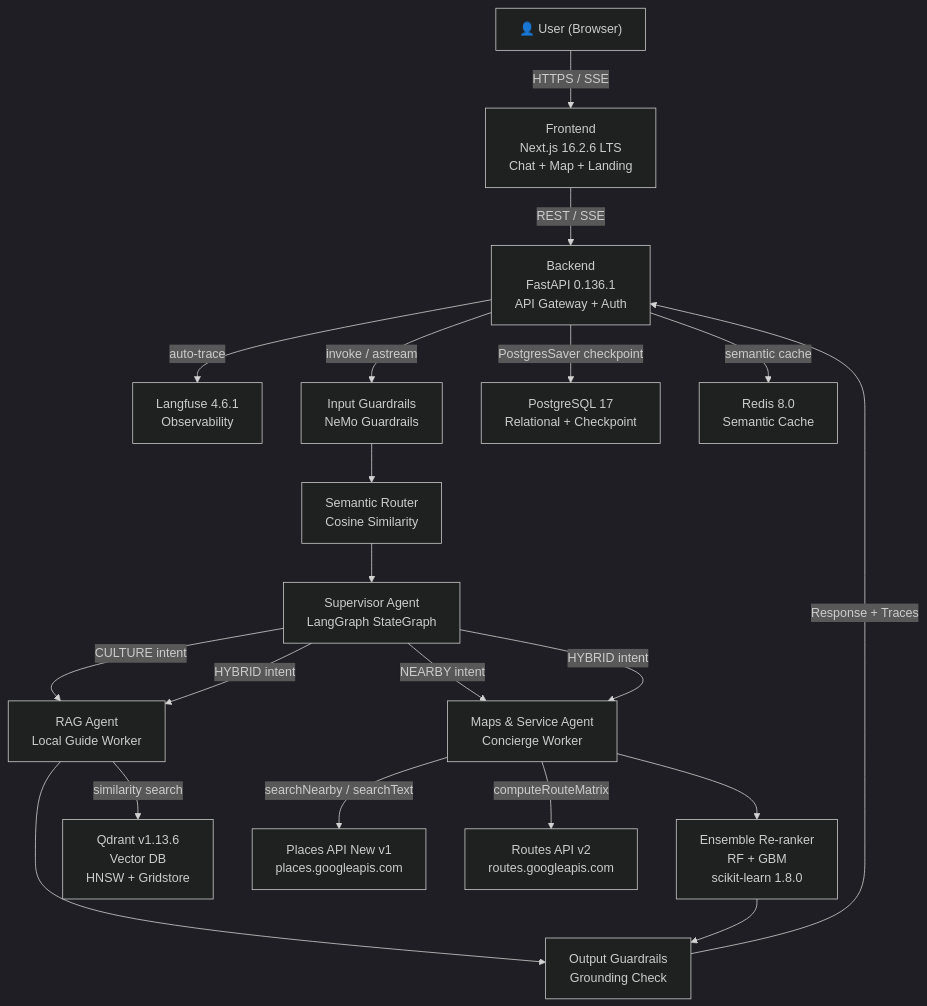
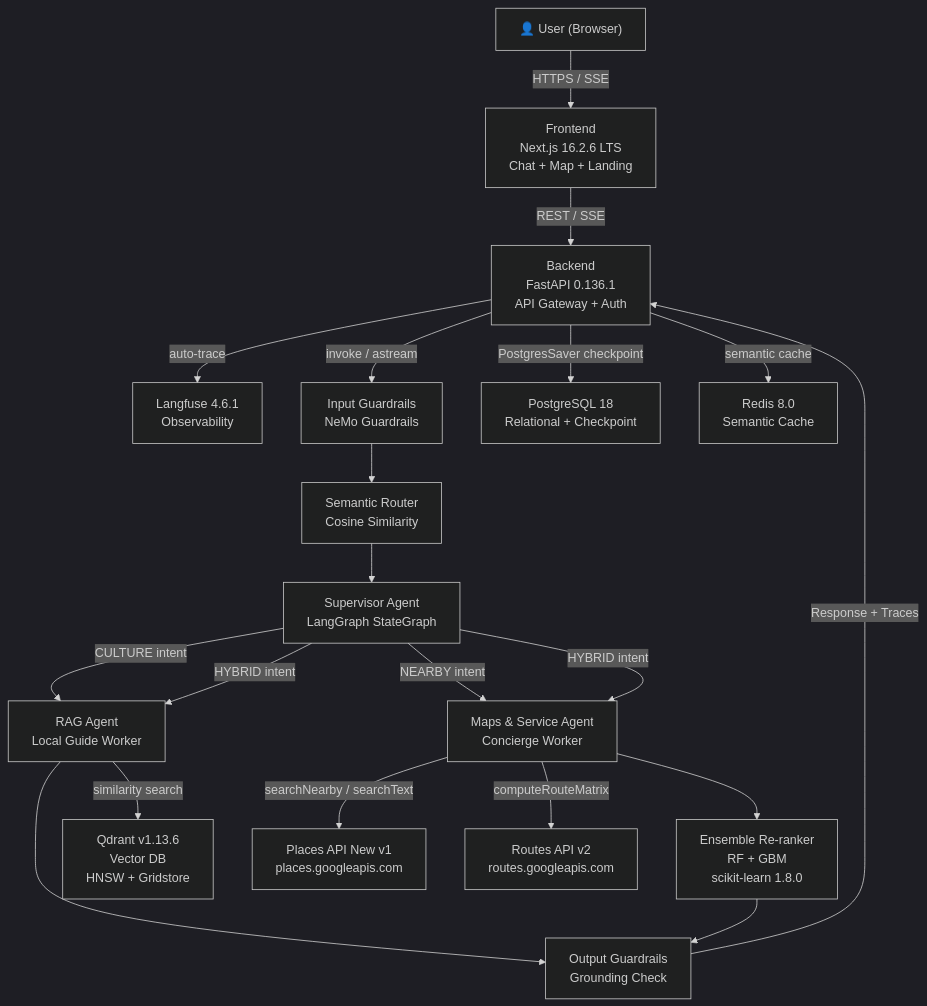
One commit to thanhnndev/citd-hk1-project changed the first of 10 diagrams in docs/REQUIREMENTS.md. Above: the diagram before and after it, drawn with Mermaid (dark theme). The commit also changed other lines of this file, not shown here.

````diff
--- a/docs/REQUIREMENTS.md
+++ b/docs/REQUIREMENTS.md
@@ -282,41 +298,41 @@
 ```mermaid
 graph TD
     User["👤 User (Browser)"]
     FE["Frontend\nNext.js 16.2.6 LTS\nChat + Map + Landing"]
     BE["Backend\nFastAPI 0.136.1\nAPI Gateway + Auth"]
     LF["Langfuse 4.6.1\nObservability"]
 
     IG["Input Guardrails\nNeMo Guardrails"]
     SR["Semantic Router\nCosine Similarity"]
     SUP["Supervisor Agent\nLangGraph StateGraph"]
     RAG["RAG Agent\nLocal Guide Worker"]
     MAPS["Maps & Service Agent\nConcierge Worker"]
     RR["Ensemble Re-ranker\nRF + GBM\nscikit-learn 1.8.0"]
     OG["Output Guardrails\nGrounding Check"]
 
     QD["Qdrant v1.13.6\nVector DB\nHNSW + Gridstore"]
     PA["Places API New v1\nplaces.googleapis.com"]
     RT["Routes API v2\nroutes.googleapis.com"]
-    PG["PostgreSQL 17\nRelational + Checkpoint"]
+    PG["PostgreSQL 18\nRelational + Checkpoint"]
     RD["Redis 8.0\nSemantic Cache"]
 
     User -->|HTTPS / SSE| FE
     FE -->|REST / SSE| BE
     BE -->|invoke / astream| IG
     BE -->|auto-trace| LF
     IG --> SR
     SR --> SUP
     SUP -->|CULTURE intent| RAG
     SUP -->|NEARBY intent| MAPS
     SUP -->|HYBRID intent| RAG
     SUP -->|HYBRID intent| MAPS
     RAG -->|similarity search| QD
     MAPS -->|searchNearby / searchText| PA
     MAPS -->|computeRouteMatrix| RT
     MAPS --> RR
     RAG --> OG
     RR --> OG
     OG -->|Response + Traces| BE
     BE -->|PostgresSaver checkpoint| PG
     BE -->|semantic cache| RD
 ```
````
